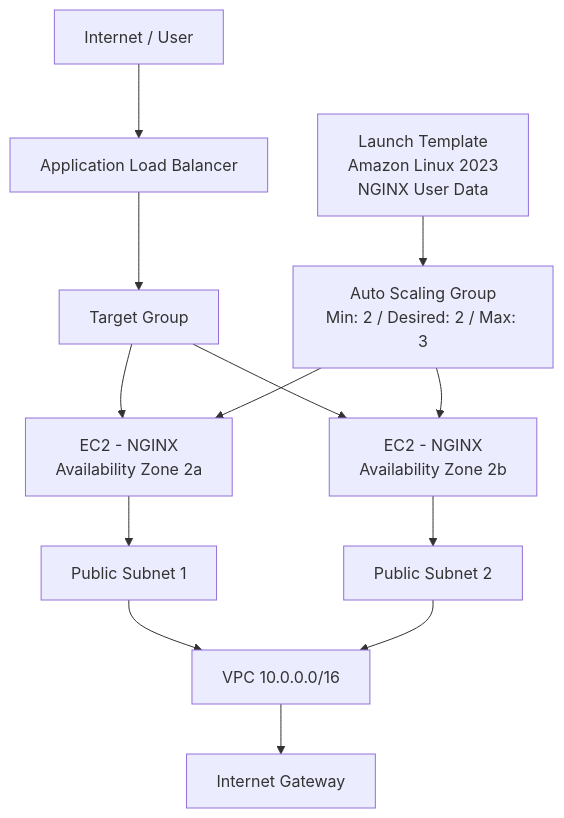
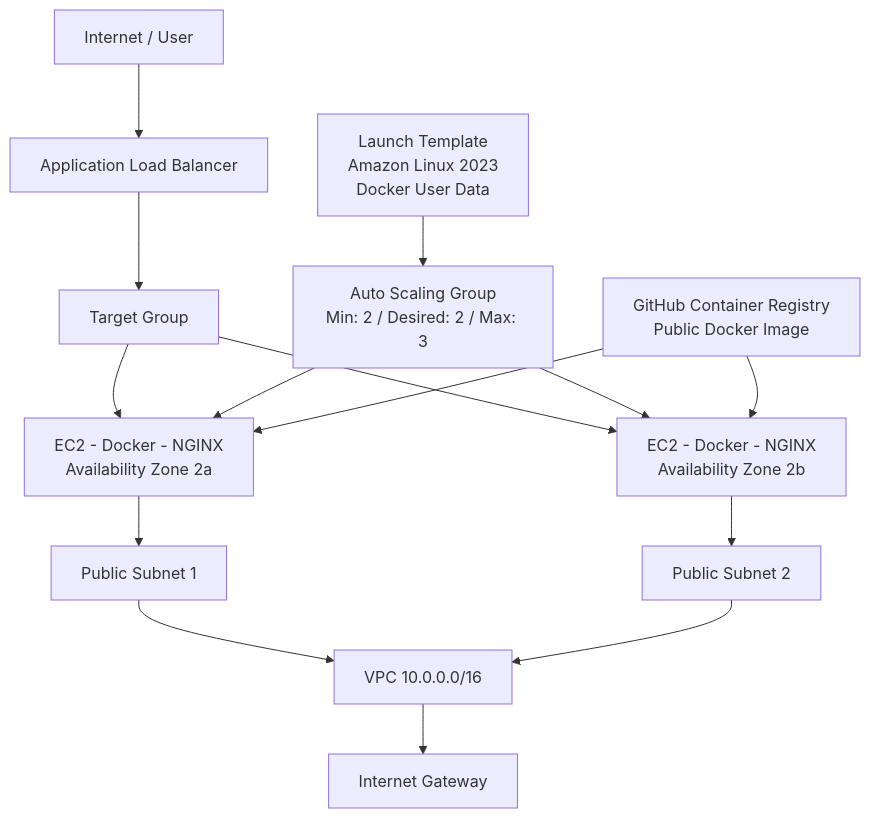
The diagram in README.md (manjusam/aws-auto-healing-web-tier), drawn with Mermaid before and after one commit. The commit also changed other lines of this file and 3 other files, not shown here.

Commit message:
Add Dockerized NGINX deployment via GHCR

````diff
--- a/README.md
+++ b/README.md
@@ -11,22 +11,25 @@
 ```mermaid
 flowchart TD
     User[Internet / User] --> ALB[Application Load Balancer]
 
     ALB --> TG[Target Group]
 
-    TG --> EC2A[EC2 - NGINX<br/>Availability Zone 2a]
-    TG --> EC2B[EC2 - NGINX<br/>Availability Zone 2b]
+    TG --> EC2A[EC2 - Docker - NGINX<br/>Availability Zone 2a]
+    TG --> EC2B[EC2 - Docker - NGINX<br/>Availability Zone 2b]
 
     ASG[Auto Scaling Group<br/>Min: 2 / Desired: 2 / Max: 3] --> EC2A
     ASG --> EC2B
 
-    LT[Launch Template<br/>Amazon Linux 2023<br/>NGINX User Data] --> ASG
+    LT[Launch Template<br/>Amazon Linux 2023<br/>Docker User Data] --> ASG
+
+    GHCR[GitHub Container Registry<br/>Public Docker Image] --> EC2A
+    GHCR --> EC2B
 
     EC2A --> SUB1[Public Subnet 1]
     EC2B --> SUB2[Public Subnet 2]
 
     SUB1 --> VPC[VPC 10.0.0.0/16]
     SUB2 --> VPC
 
     VPC --> IGW[Internet Gateway]
 ```
````
